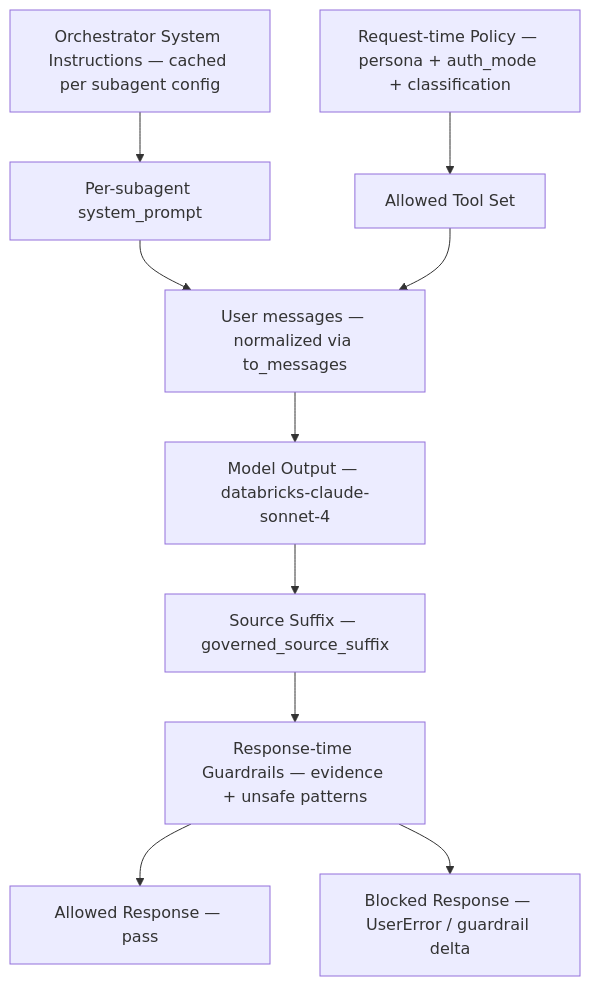
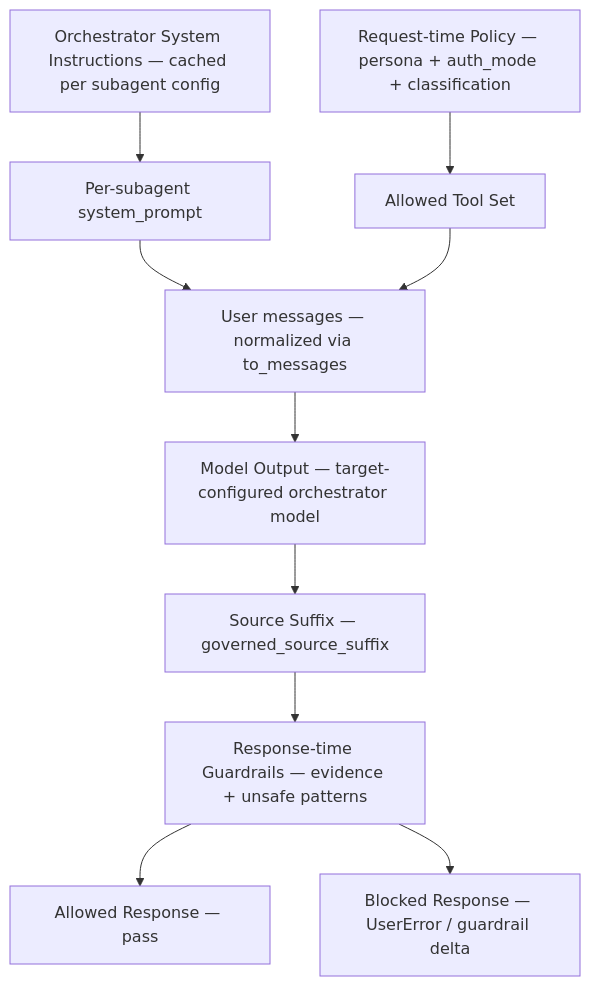
One commit to wchen-dea/Governed-Multi-Agent-Intelligence-on-Databricks changed the fourth of 7 diagrams in docs/architecture/design-artifacts/04-logical-detailed.md. Above: the diagram before and after it, drawn with Mermaid. The commit also changed other lines of this file and 33 other files, not shown here.

````diff
--- a/docs/architecture/design-artifacts/04-logical-detailed.md
+++ b/docs/architecture/design-artifacts/04-logical-detailed.md
@@ -78,13 +82,13 @@
 ```mermaid
 flowchart TD
     A[Orchestrator System Instructions — cached per subagent config] --> B[Per-subagent system_prompt]
     B --> C[User messages — normalized via to_messages]
-    C --> D[Model Output — databricks-claude-sonnet-4]
+    C --> D[Model Output — target-configured orchestrator model]
 
     P1[Request-time Policy — persona + auth_mode + classification] --> G[Allowed Tool Set]
     G --> C
     D --> SRC[Source Suffix — governed_source_suffix]
     SRC --> P2[Response-time Guardrails — evidence + unsafe patterns]
     P2 --> E[Allowed Response — pass]
     P2 --> F[Blocked Response — UserError / guardrail delta]
 ```
````
